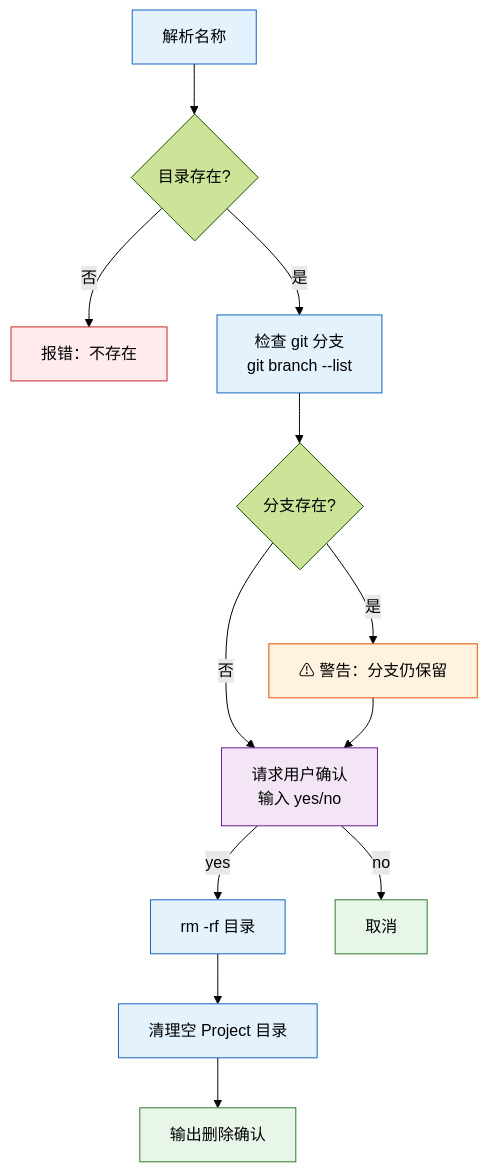
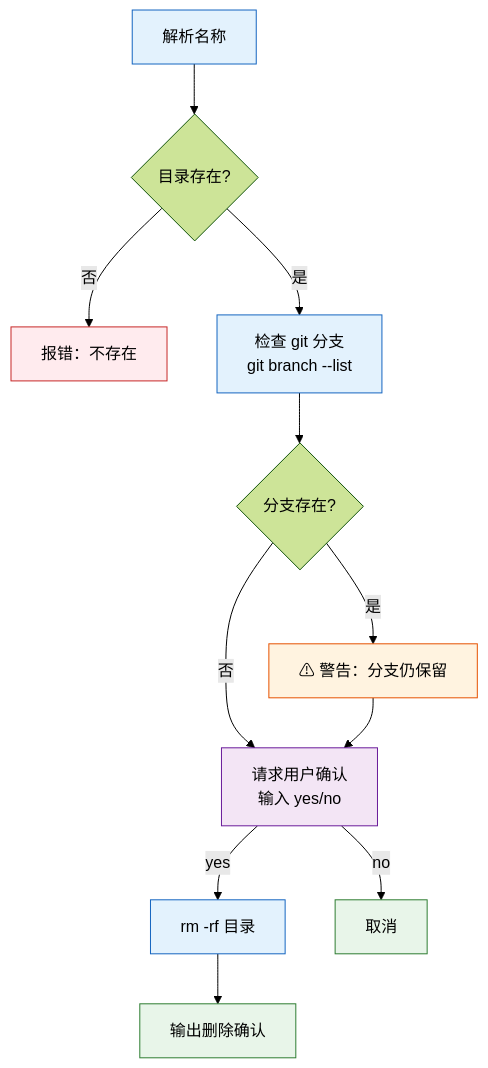
One commit to effiy/YrY changed the eighth of 13 diagrams in skills/rui-story/SKILL.md. Above: the diagram before and after it, drawn with Mermaid (forest theme). The commit also changed other lines of this file and 22 other files, not shown here.

````diff
--- a/skills/rui-story/SKILL.md
+++ b/skills/rui-story/SKILL.md
@@ -215,20 +215,19 @@
 ```mermaid
 flowchart TD
     PARSE["解析名称"]:::op --> EXIST{"目录存在?"}
     EXIST -->|"否"| ERR["报错：不存在"]:::bad
     EXIST -->|"是"| BRANCH["检查 git 分支<br/>git branch --list"]:::op
     BRANCH --> WARN{"分支存在?"}
     WARN -->|"是"| WARNMSG["⚠ 警告：分支仍保留"]:::warn
     WARN -->|"否"| CONF
     WARNMSG --> CONF["请求用户确认<br/>输入 yes/no"]:::user
     CONF -->|"yes"| DEL["rm -rf 目录"]:::op
     CONF -->|"no"| CANCEL["取消"]:::out
-    DEL --> CLEAN["清理空 Project 目录"]:::op
-    CLEAN --> DONE["输出删除确认"]:::out
+    DEL --> DONE["输出删除确认"]:::out
 
     classDef op fill:#e3f2fd,stroke:#1565c0;
     classDef out fill:#e8f5e9,stroke:#2e7d32;
     classDef bad fill:#ffebee,stroke:#c62828;
     classDef warn fill:#fff3e0,stroke:#e65100;
     classDef user fill:#f3e5f5,stroke:#6a1b9a;
 ```
````
